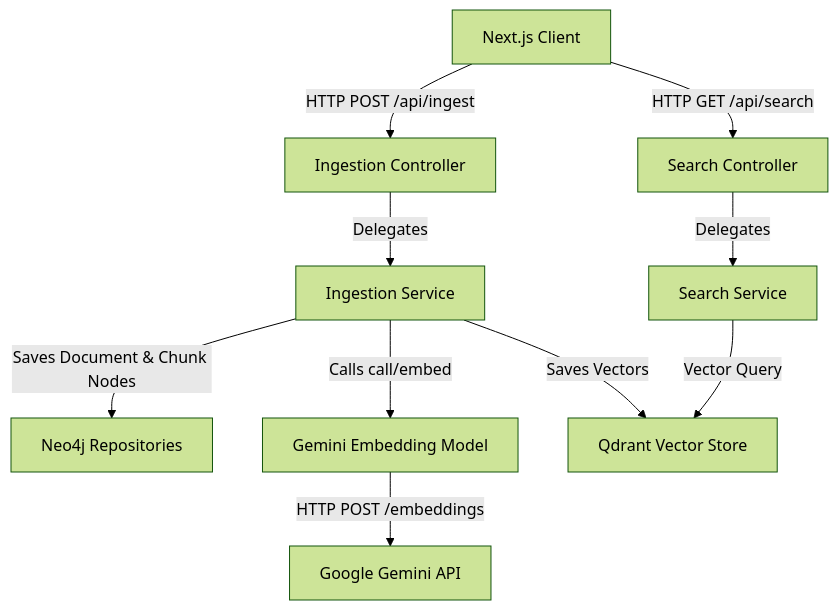
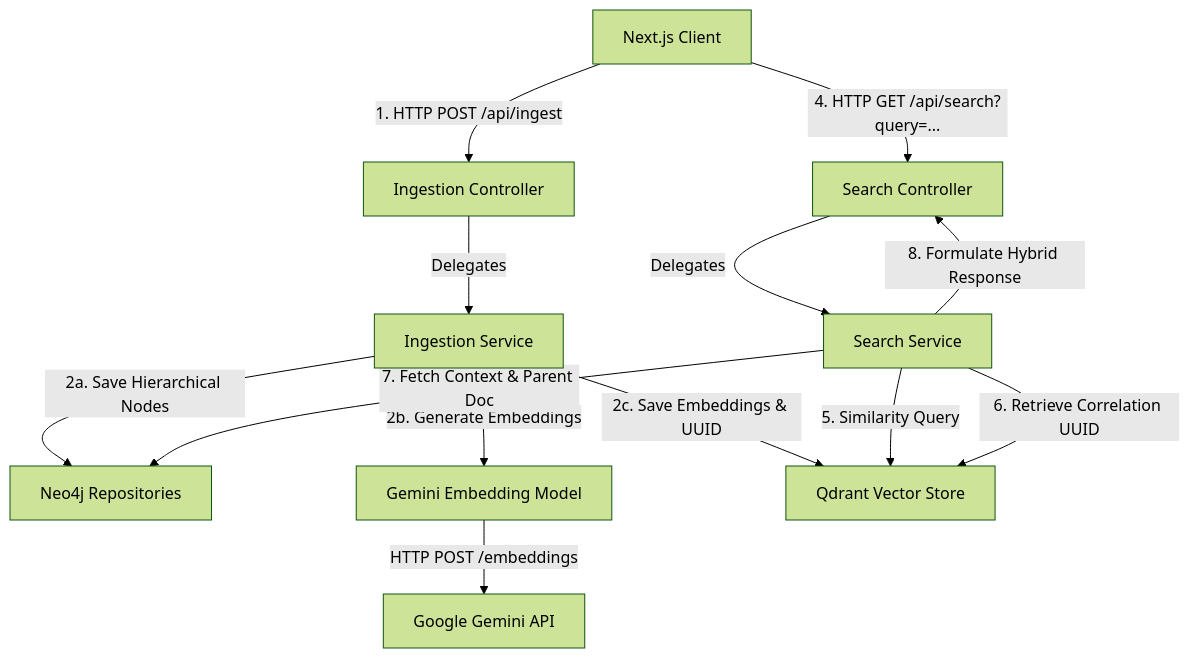
One commit to Musashi-Mahito/SemanticRetrivalSystem changed the diagram in INTERVIEW_WORKFLOW_GUIDE.md. Above: the diagram before and after it, drawn with Mermaid (forest theme). The commit also changed other lines of this file, not shown here.

Commit message:
modified the interview work flow guid for better preparation

````diff
--- a/INTERVIEW_WORKFLOW_GUIDE.md
+++ b/INTERVIEW_WORKFLOW_GUIDE.md
@@ -14,15 +23,18 @@
 ```mermaid
 graph TD
-    Client[Next.js Client] -->|HTTP POST /api/ingest| IngestController[Ingestion Controller]
-    Client -->|HTTP GET /api/search| SearchController[Search Controller]
+    Client[Next.js Client] -->|1. HTTP POST /api/ingest| IngestController[Ingestion Controller]
+    Client -->|4. HTTP GET /api/search?query=...| SearchController[Search Controller]
     
     IngestController -->|Delegates| IngestionService[Ingestion Service]
     SearchController -->|Delegates| SearchService[Search Service]
     
-    IngestionService -->|Saves Document & Chunk Nodes| Neo4jRepository[Neo4j Repositories]
-    IngestionService -->|Calls call/embed| GeminiModel[Gemini Embedding Model]
-    IngestionService -->|Saves Vectors| QdrantStore[Qdrant Vector Store]
+    IngestionService -->|2a. Save Hierarchical Nodes| Neo4jRepository[Neo4j Repositories]
+    IngestionService -->|2b. Generate Embeddings| GeminiModel[Gemini Embedding Model]
+    GeminiModel -->|HTTP POST /embeddings| GeminiAPI[Google Gemini API]
+    IngestionService -->|2c. Save Embeddings & UUID| QdrantStore[Qdrant Vector Store]
     
-    SearchService -->|Vector Query| QdrantStore
-    GeminiModel -->|HTTP POST /embeddings| GeminiAPI[Google Gemini API]
+    SearchService -->|5. Similarity Query| QdrantStore
+    SearchService -->|6. Retrieve Correlation UUID| QdrantStore
+    SearchService -->|7. Fetch Context & Parent Doc| Neo4jRepository
+    SearchService -->|8. Formulate Hybrid Response| SearchController
 ```
````
